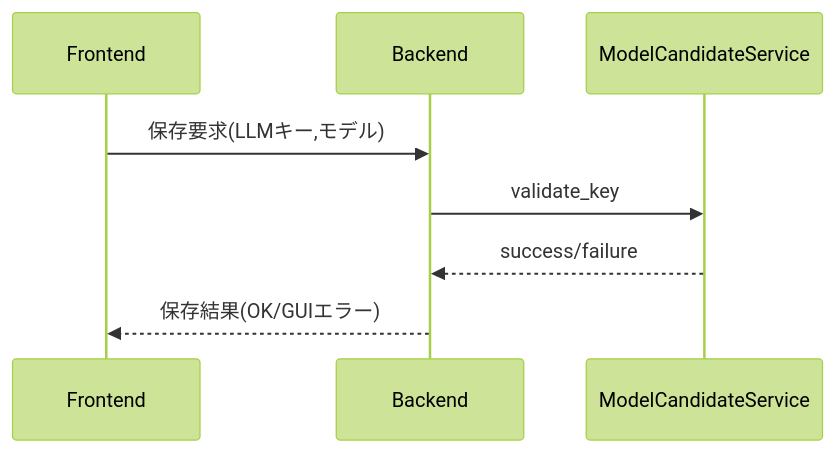
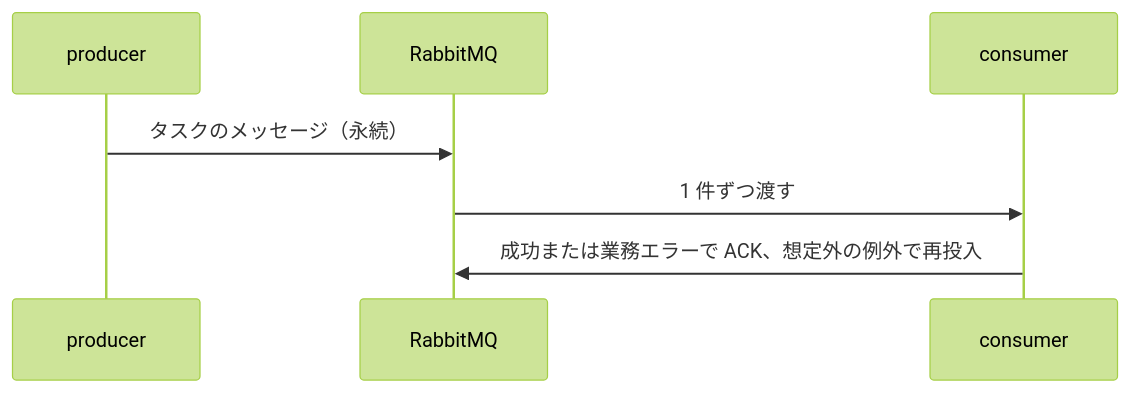
Before and after one commit to notfolder/CodingAgentAutomata: diagram 14 of 14 in docs/detail_design.md, drawn with Mermaid (forest theme). The commit also changed other lines of this file and 15 other files, not shown here.

````diff
--- a/docs/detail_design.md
+++ b/docs/detail_design.md
@@ -338,11 +831,9 @@
 ```mermaid
 sequenceDiagram
-  participant FE as Frontend
-  participant BK as Backend
-  participant MD as ModelCandidateService
-
-  FE->>BK: 保存要求(LLMキー,モデル)
-  BK->>MD: validate_key
-  MD-->>BK: success/failure
-  BK-->>FE: 保存結果(OK/GUIエラー)
+  participant PR as producer
+  participant MQ as RabbitMQ
+  participant CS as consumer
+  PR->>MQ: タスクのメッセージ（永続）
+  MQ->>CS: 1 件ずつ渡す
+  CS->>MQ: 成功または業務エラーで ACK、想定外の例外で再投入
 ```
````
